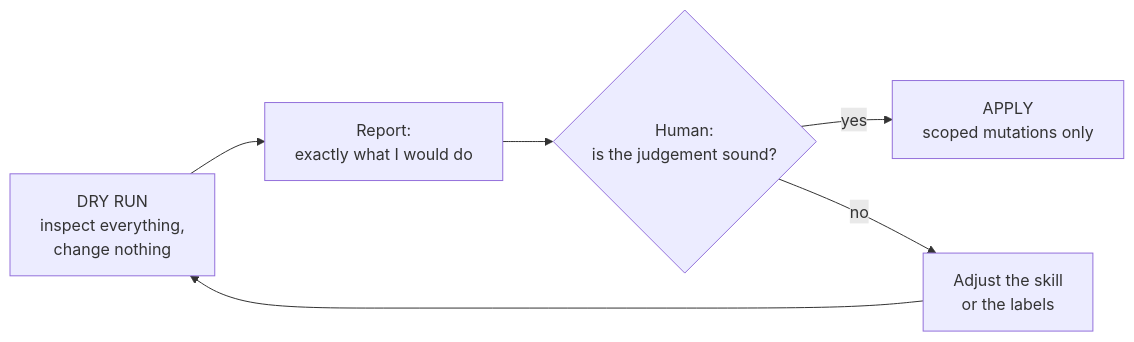
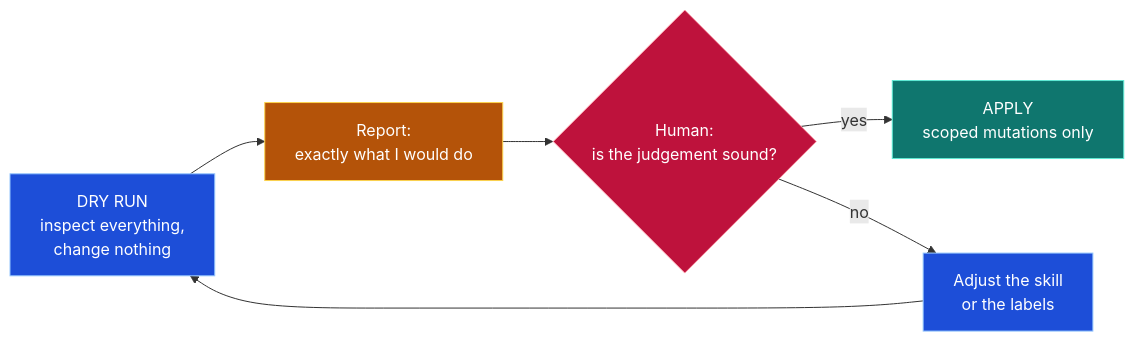
One commit to owainlewis/youtube-tutorials changed the seventh of 8 diagrams in tutorials/loop-engineering/README.md. Above: the diagram before and after it, drawn with Mermaid. The commit also changed other lines of this file, not shown here.

Commit message:
docs: color mermaid diagrams for dark mode readability

````diff
--- a/tutorials/loop-engineering/README.md
+++ b/tutorials/loop-engineering/README.md
@@ -320,7 +366,16 @@
 ```mermaid
 graph LR
     D[DRY RUN<br/>inspect everything,<br/>change nothing] --> R[Report:<br/>exactly what I would do]
     R --> G{Human:<br/>is the judgement sound?}
     G -->|yes| A[APPLY<br/>scoped mutations only]
     G -->|no| F[Adjust the skill<br/>or the labels] --> D
+
+    classDef inspect fill:#1d4ed8,stroke:#93c5fd,color:#ffffff
+    classDef gate fill:#be123c,stroke:#fda4af,color:#ffffff
+    classDef apply fill:#0f766e,stroke:#5eead4,color:#ffffff
+    classDef report fill:#b45309,stroke:#fcd34d,color:#ffffff
+    class D,F inspect
+    class G gate
+    class A apply
+    class R report
 ```
````
